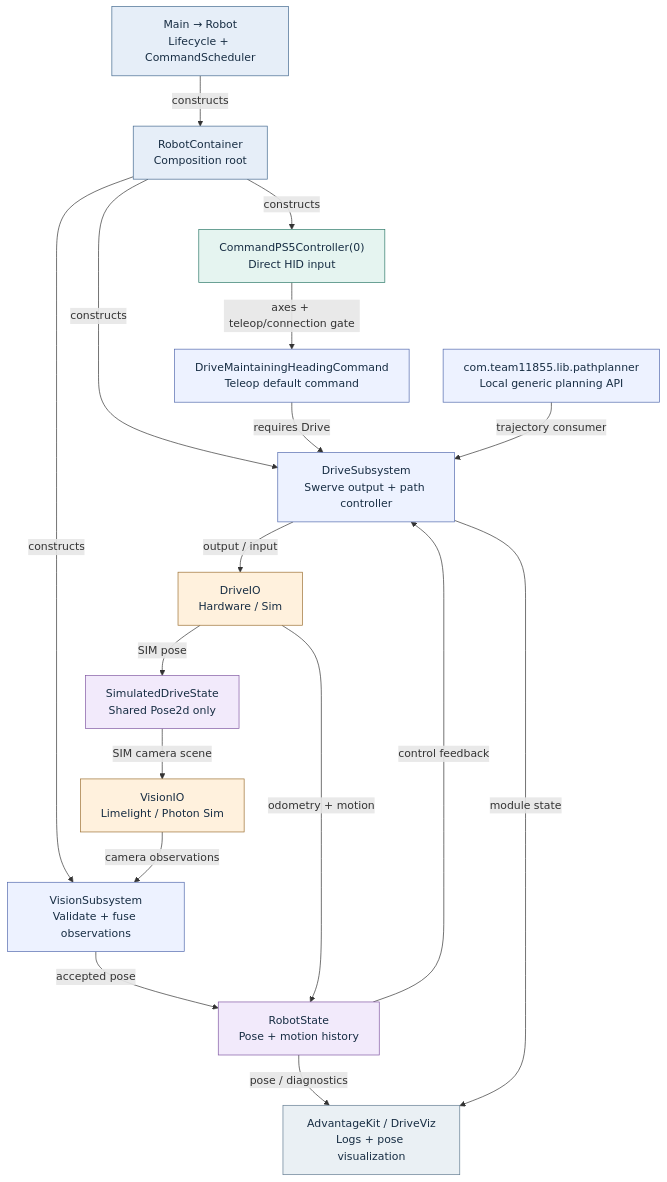
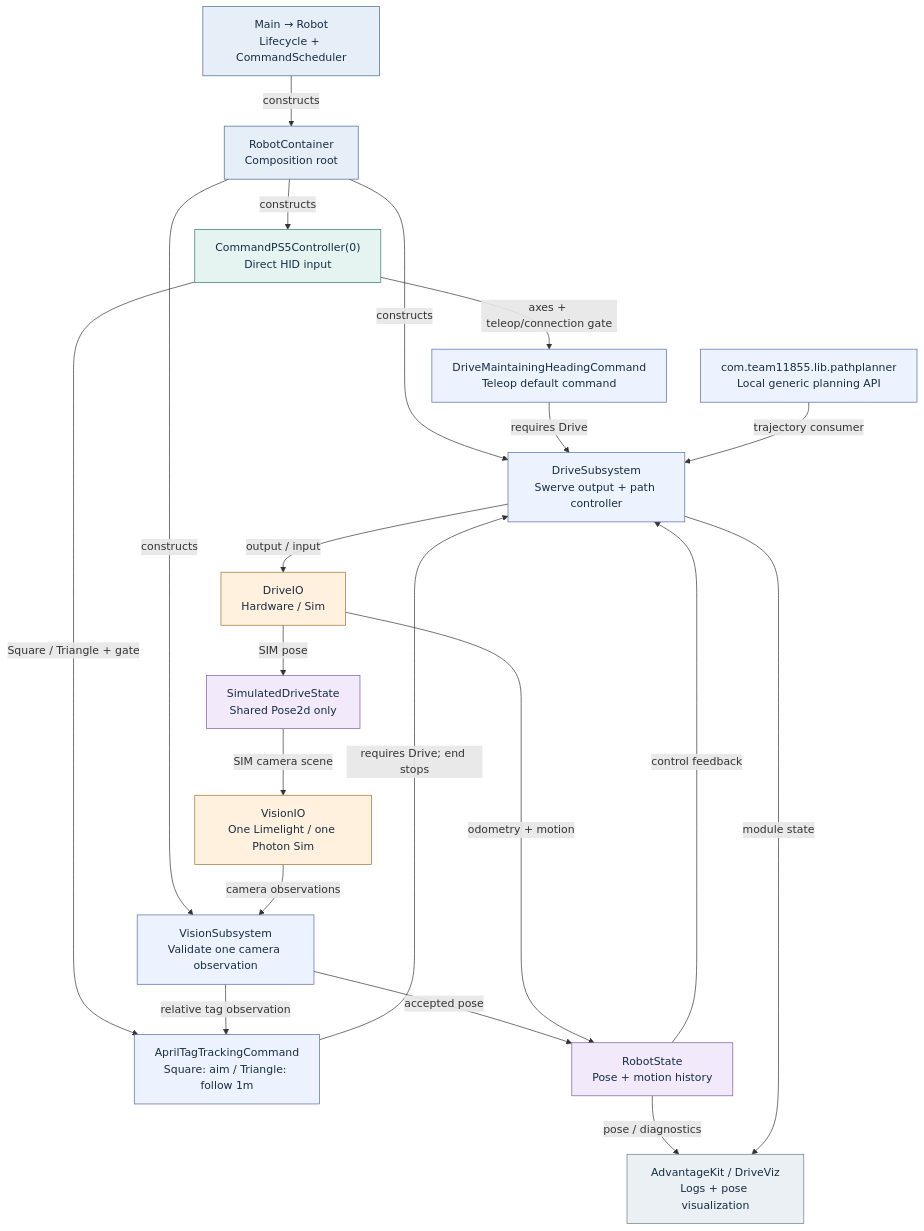
Before and after one commit to PepsiLee/FRC-2026-Systemcore-Public-main: the diagram in docs/drive-vision/diagrams/01-architecture.mmd, drawn with Mermaid. The commit also changed 33 other files, not shown here.

First line of the commit message:
Add single-camera AprilTag aiming and distance hold

```diff
--- a/docs/drive-vision/diagrams/01-architecture.mmd
+++ b/docs/drive-vision/diagrams/01-architecture.mmd
@@ -1,37 +1,41 @@
 flowchart TB
     main["Main → Robot<br/>Lifecycle + CommandScheduler"]:::host
     container["RobotContainer<br/>Composition root"]:::host
     ps5["CommandPS5Controller(0)<br/>Direct HID input"]:::input
     heading["DriveMaintainingHeadingCommand<br/>Teleop default command"]:::logic
+    tag["AprilTagTrackingCommand<br/>Square: aim / Triangle: follow 1m"]:::logic
     drive["DriveSubsystem<br/>Swerve output + path controller"]:::logic
-    vision["VisionSubsystem<br/>Validate + fuse observations"]:::logic
+    vision["VisionSubsystem<br/>Validate one camera observation"]:::logic
     state["RobotState<br/>Pose + motion history"]:::state
     driveio["DriveIO<br/>Hardware / Sim"]:::io
-    visionio["VisionIO<br/>Limelight / Photon Sim"]:::io
+    visionio["VisionIO<br/>One Limelight / one Photon Sim"]:::io
     simstate["SimulatedDriveState<br/>Shared Pose2d only"]:::state
     paths["com.team11855.lib.pathplanner<br/>Local generic planning API"]:::logic
     logs["AdvantageKit / DriveViz<br/>Logs + pose visualization"]:::sink
     main -->|"constructs"| container
     container -->|"constructs"| ps5
     container -->|"constructs"| drive
     container -->|"constructs"| vision
     ps5 -->|"axes + teleop/connection gate"| heading
     heading -->|"requires Drive"| drive
+    ps5 -->|"Square / Triangle + gate"| tag
+    vision -->|"relative tag observation"| tag
+    tag -->|"requires Drive; end stops"| drive
     paths -->|"trajectory consumer"| drive
     drive -->|"output / input"| driveio
     visionio -->|"camera observations"| vision
     vision -->|"accepted pose"| state
     driveio -->|"odometry + motion"| state
     state -->|"control feedback"| drive
     driveio -->|"SIM pose"| simstate
     simstate -->|"SIM camera scene"| visionio
     state -->|"pose / diagnostics"| logs
     drive -->|"module state"| logs
     classDef host fill:#e6eef8,stroke:#43688f,color:#172d43
     classDef input fill:#e5f4f0,stroke:#2d7868,color:#172d43
     classDef logic fill:#edf2ff,stroke:#5269ad,color:#172d43
     classDef io fill:#fff1dd,stroke:#9c7032,color:#172d43
     classDef state fill:#f2eafb,stroke:#8057a2,color:#172d43
     classDef sink fill:#eaf0f4,stroke:#627c91,color:#172d43
     classDef stop fill:#fce8e8,stroke:#a34b50,color:#172d43
     classDef decision fill:#fff7d8,stroke:#9c852d,color:#172d43
```
